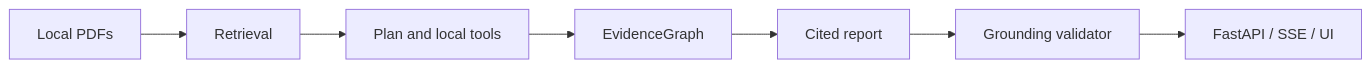
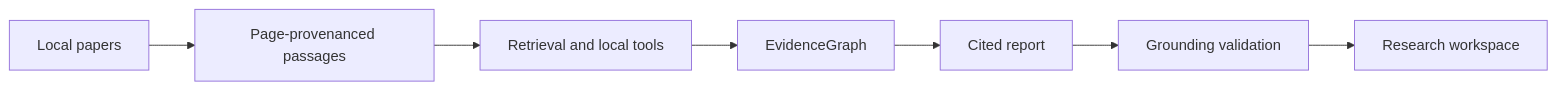
One commit to jun346105-art/research-literature-workflow changed the diagram in README.md. Above: the diagram before and after it, drawn with Mermaid. The commit also changed other lines of this file and 31 other files, not shown here.

````diff
--- a/README.md
+++ b/README.md
@@ -69,9 +59,9 @@
 ```mermaid
 flowchart LR
-  A[Local PDFs] --> B[Retrieval]
-  B --> C[Plan and local tools]
+  A[Local papers] --> B[Page-provenanced passages]
+  B --> C[Retrieval and local tools]
   C --> D[EvidenceGraph]
   D --> E[Cited report]
-  E --> F[Grounding validator]
-  F --> G[FastAPI / SSE / UI]
+  E --> F[Grounding validation]
+  F --> G[Research workspace]
 ```
````
